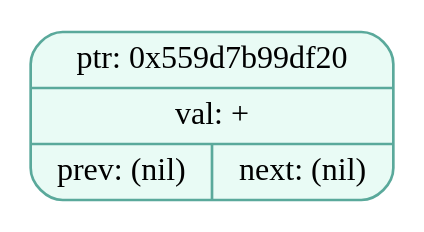
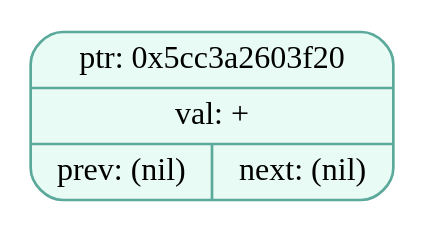
One commit to EvilTomato9890/Difference changed the diagram in dumps/tree_dump_000.dot. Above: the diagram before and after it, drawn with Graphviz. The commit also changed 36 other files, not shown here.

```diff
--- a/dumps/tree_dump_000.dot
+++ b/dumps/tree_dump_000.dot
@@ -1,5 +1,5 @@
 digraph T{
   node [fontname="Fira Mono",shape=record,style="filled,rounded",fontsize=12];
   graph [splines=true, nodesep=0.6, ranksep=0.6];
-  node_0x559d7b99df20[shape=record,label="{ {ptr: 0x559d7b99df20} | {val: +} | { prev: (nil) | next: (nil) } }",color="#5aa99b",fillcolor="#e9fbf5"];
+  node_0x5cc3a2603f20[shape=record,label="{ {ptr: 0x5cc3a2603f20} | {val: +} | { prev: (nil) | next: (nil) } }",color="#5aa99b",fillcolor="#e9fbf5"];
 }
```
